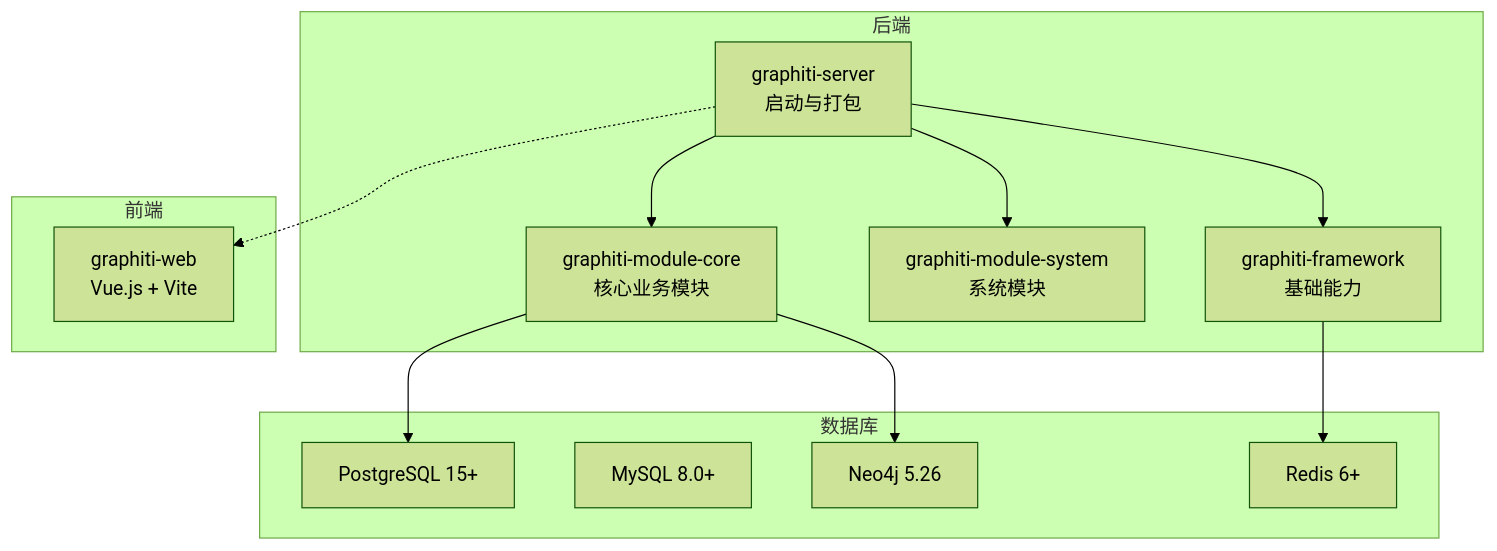
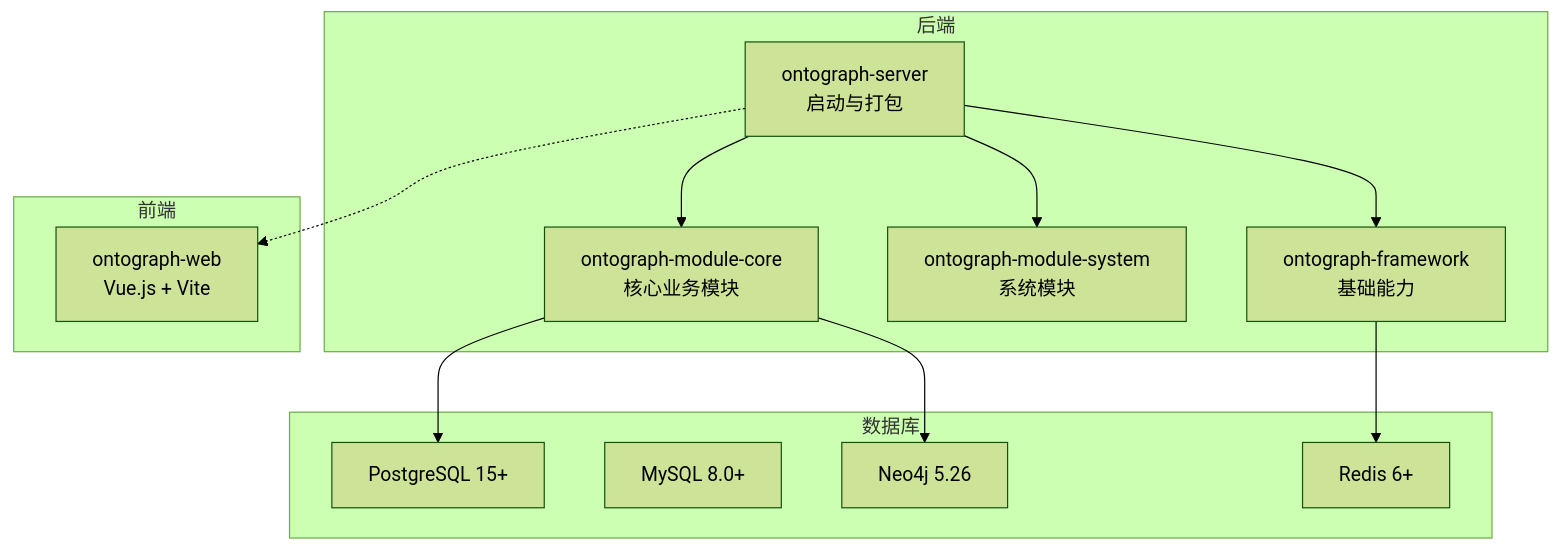
One commit to joezxh/graphiti-java changed the first of 6 diagrams in docs/manual/项目概述/技术栈概览.md. Above: the diagram before and after it, drawn with Mermaid (forest theme). The commit also changed other lines of this file and 200 other files, not shown here.

````diff
--- a/docs/manual/项目概述/技术栈概览.md
+++ b/docs/manual/项目概述/技术栈概览.md
@@ -45,25 +45,25 @@
 ```mermaid
 graph TB
 subgraph "后端"
-F["graphiti-framework<br/>基础能力"]
-S["graphiti-module-system<br/>系统模块"]
-C["graphiti-module-core<br/>核心业务模块"]
-SRV["graphiti-server<br/>启动与打包"]
+F["ontograph-framework<br/>基础能力"]
+S["ontograph-module-system<br/>系统模块"]
+C["ontograph-module-core<br/>核心业务模块"]
+SRV["ontograph-server<br/>启动与打包"]
 end
 subgraph "前端"
-W["graphiti-web<br/>Vue.js + Vite"]
+W["ontograph-web<br/>Vue.js + Vite"]
 end
 subgraph "数据库"
 PG["PostgreSQL 15+"]
 MY["MySQL 8.0+"]
 N4J["Neo4j 5.26"]
 R["Redis 6+"]
 end
 SRV --> F
 SRV --> S
 SRV --> C
 SRV -.-> W
 C --> PG
 C --> N4J
 F --> R
 ```
````
